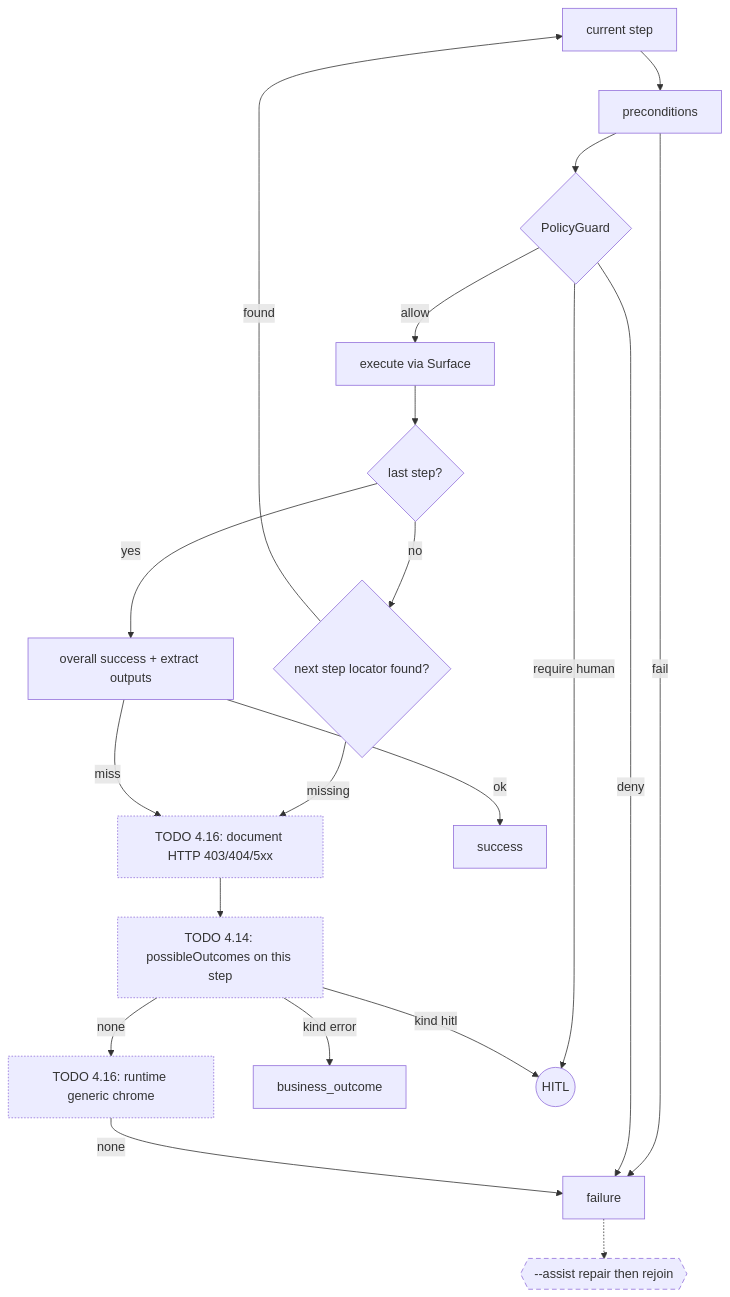
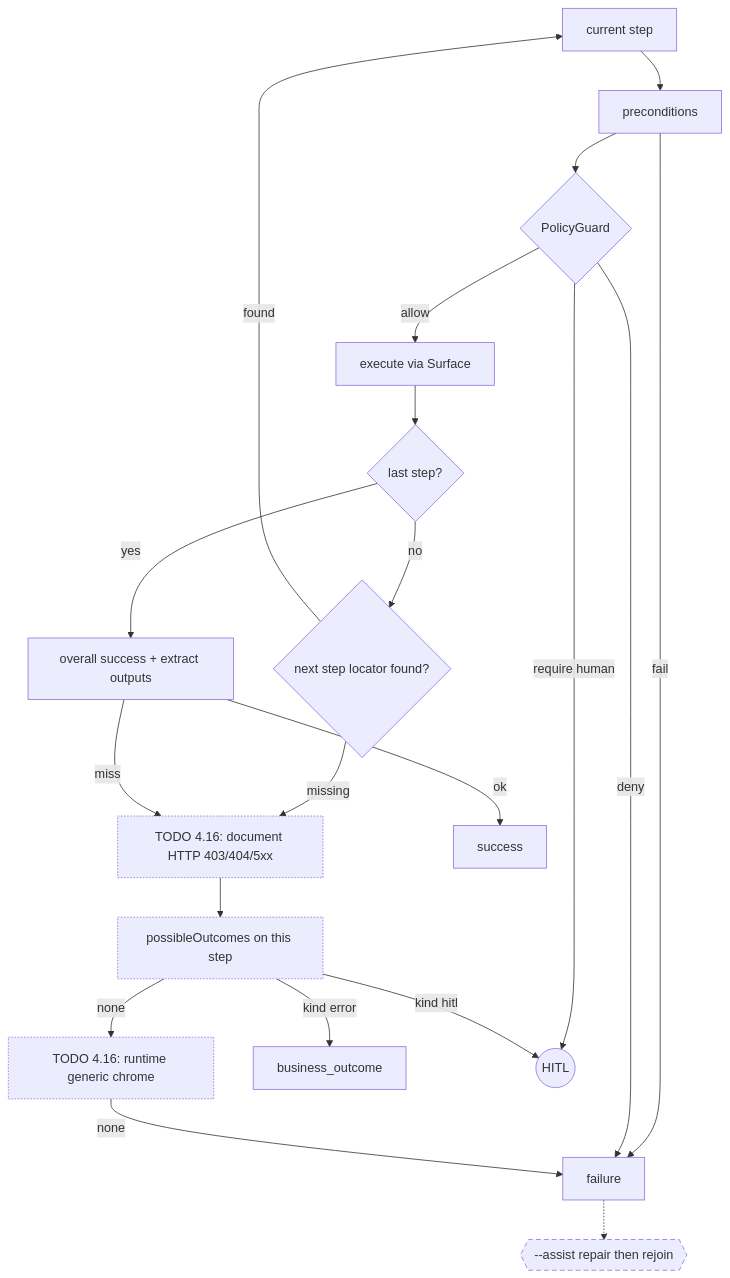
Before and after one commit to ankinelaturu/icas: the seventh of 17 diagrams in docs/00-system-design.md, drawn with Mermaid. The commit also changed other lines of this file and 11 other files, not shown here.

First line of the commit message:
feat(replay): classify exceptional state from possibleOutcomes

````diff
--- a/docs/00-system-design.md
+++ b/docs/00-system-design.md
@@ -298,43 +298,43 @@
 ```mermaid
 flowchart TB
   step["current step"]
   pre[preconditions]
   policy{PolicyGuard}
   exec[execute via Surface]
   last{last step?}
   nextLoc{next step locator found?}
   http["TODO 4.16: document HTTP 403/404/5xx"]
-  outcomes["TODO 4.14: possibleOutcomes on this step"]
+  outcomes["possibleOutcomes on this step"]
   generic["TODO 4.16: runtime generic chrome"]
   success[overall success + extract outputs]
   resultSuccess["success"]
   resultBiz["business_outcome"]
   resultHitl((HITL))
   resultFail["failure"]
   assist{{"--assist repair then rejoin"}}
 
   step --> pre
   pre -->|fail| resultFail
   pre --> policy
   policy -->|deny| resultFail
   policy -->|require human| resultHitl
   policy -->|allow| exec
   exec --> last
   last -->|no| nextLoc
   last -->|yes| success
   nextLoc -->|found| step
   nextLoc -->|missing| http
   http --> outcomes
   outcomes -->|kind error| resultBiz
   outcomes -->|kind hitl| resultHitl
   outcomes -->|none| generic
   generic -->|none| resultFail
   success -->|ok| resultSuccess
   success -->|miss| http
   resultFail -.-> assist
 
   classDef optional stroke-dasharray: 6 4
   classDef todo stroke-dasharray: 2 2
   class assist optional
   class http,outcomes,generic todo
 ```
````
